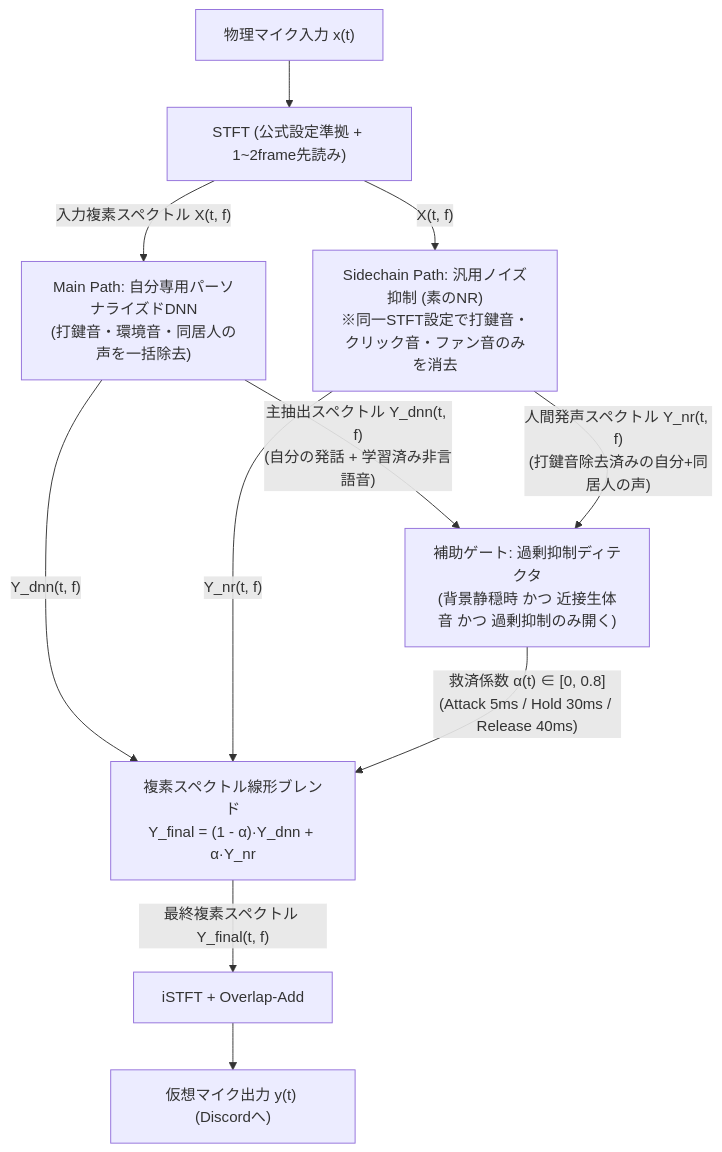
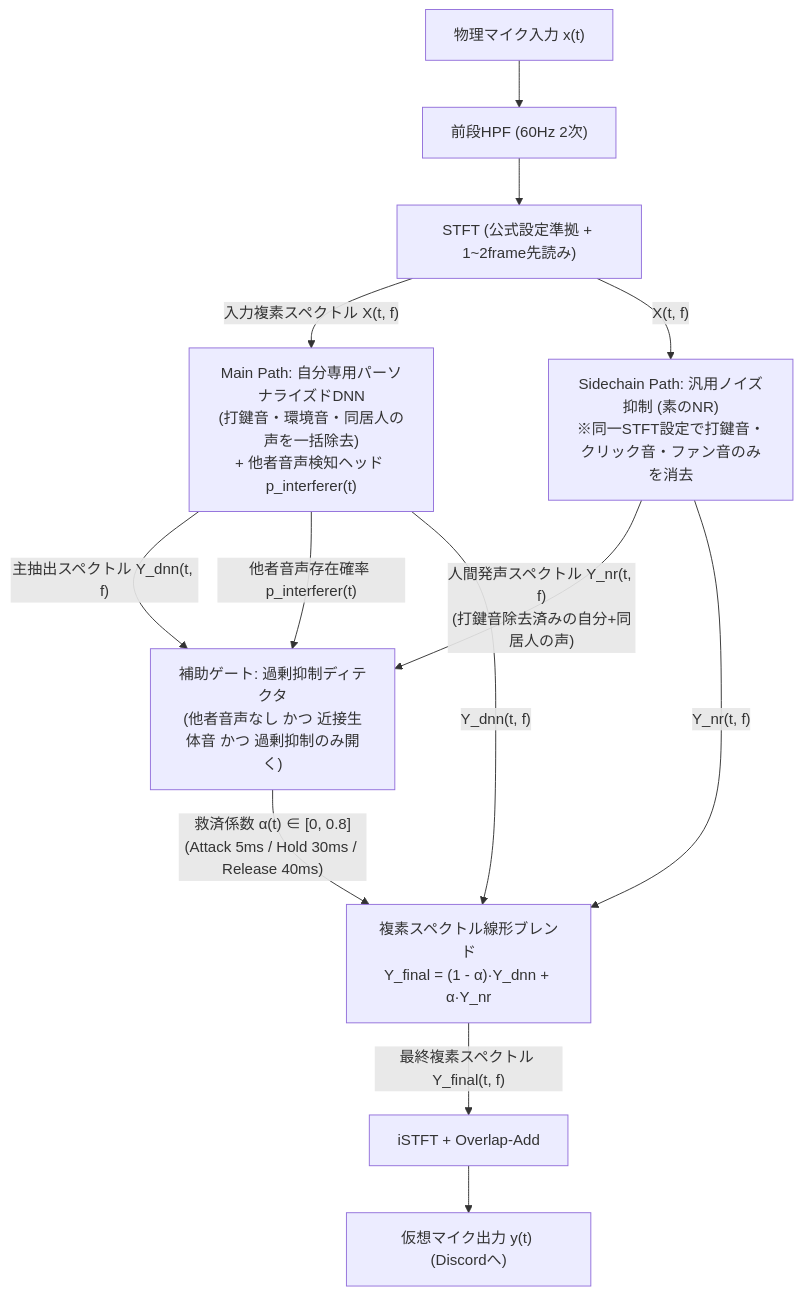
The diagram in docs/01_architecture.md (amemya/bubble-mic), drawn with Mermaid before and after one commit. The commit also changed other lines of this file and 3 other files, not shown here.

````diff
--- a/docs/01_architecture.md
+++ b/docs/01_architecture.md
@@ -24,18 +29,20 @@
 ```mermaid
 flowchart TD
-    Mic["物理マイク入力 x(t)"] --> STFT["STFT (公式設定準拠 + 1~2frame先読み)"]
-    
-    STFT -->|"入力複素スペクトル X(t, f)"| MainDNN["Main Path: 自分専用パーソナライズドDNN\n(打鍵音・環境音・同居人の声を一括除去)"]
-    
+    Mic["物理マイク入力 x(t)"] --> HPF["前段HPF (60Hz 2次)"]
+    HPF --> STFT["STFT (公式設定準拠 + 1~2frame先読み)"]
+
+    STFT -->|"入力複素スペクトル X(t, f)"| MainDNN["Main Path: 自分専用パーソナライズドDNN\n(打鍵音・環境音・同居人の声を一括除去)\n+ 他者音声検知ヘッド p_interferer(t)"]
+
     STFT -->|"X(t, f)"| SideNR["Sidechain Path: 汎用ノイズ抑制 (素のNR)\n※同一STFT設定で打鍵音・クリック音・ファン音のみを消去"]
-    
-    MainDNN -->|"主抽出スペクトル Y_dnn(t, f)\n(自分の発話 + 学習済み非言語音)"| Gate["補助ゲート: 過剰抑制ディテクタ\n(背景静穏時 かつ 近接生体音 かつ 過剰抑制のみ開く)"]
+
+    MainDNN -->|"主抽出スペクトル Y_dnn(t, f)"| Gate["補助ゲート: 過剰抑制ディテクタ\n(他者音声なし かつ 近接生体音 かつ 過剰抑制のみ開く)"]
+    MainDNN -->|"他者音声存在確率 p_interferer(t)"| Gate
     SideNR -->|"人間発声スペクトル Y_nr(t, f)\n(打鍵音除去済みの自分+同居人の声)"| Gate
-    
+
     MainDNN -->|"Y_dnn(t, f)"| Blender["複素スペクトル線形ブレンド\nY_final = (1 - α)·Y_dnn + α·Y_nr"]
     SideNR -->|"Y_nr(t, f)"| Blender
     Gate -->|"救済係数 α(t) ∈ [0, 0.8]\n(Attack 5ms / Hold 30ms / Release 40ms)"| Blender
 
     Blender -->|"最終複素スペクトル Y_final(t, f)"| ISTFT["iSTFT + Overlap-Add"]
     ISTFT --> VMic["仮想マイク出力 y(t) (Discordへ)"]
 ```
````
